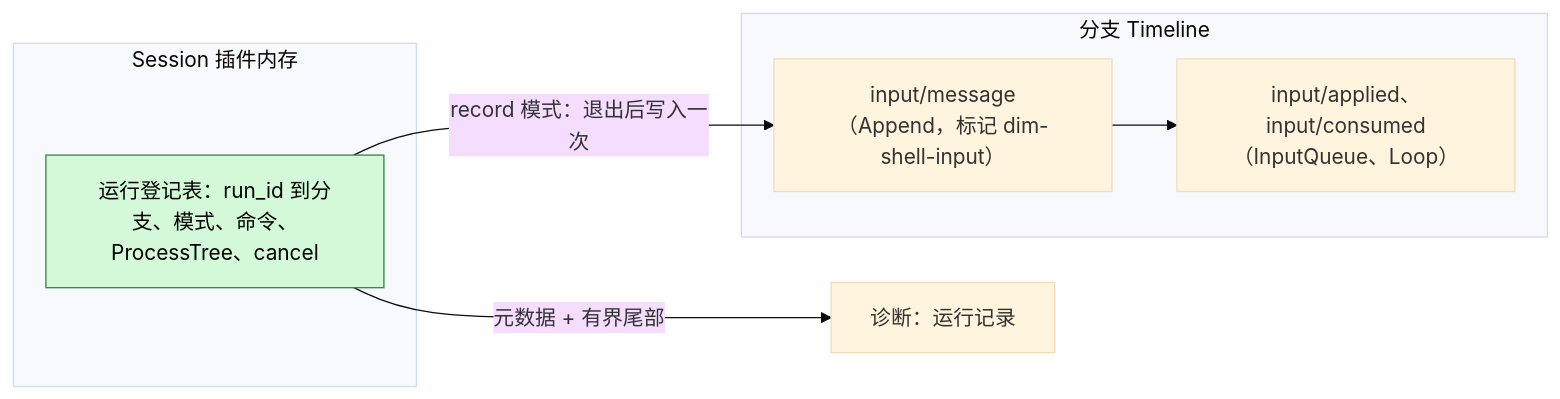
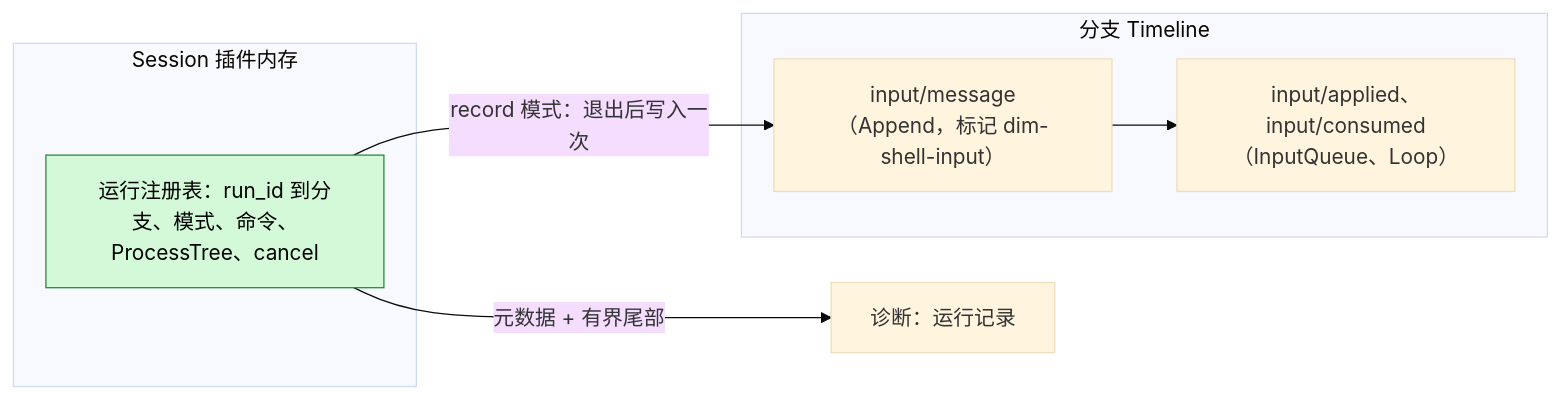
One commit to CoutinhoTTS/dim-agent changed the second of 5 diagrams in docs/zh/design/plugins/ShellInput.md. Above: the diagram before and after it, drawn with Mermaid (base theme). The commit also changed other lines of this file and 18 other files, not shown here.

````diff
--- a/docs/zh/design/plugins/ShellInput.md
+++ b/docs/zh/design/plugins/ShellInput.md
@@ -43,15 +43,15 @@
 ```mermaid
 flowchart LR
   subgraph MEM["Session 插件内存"]
-    RR["运行登记表：run_id 到分支、模式、命令、ProcessTree、cancel"]:::new
+    RR["运行注册表：run_id 到分支、模式、命令、ProcessTree、cancel"]:::new
   end
   subgraph TL["分支 Timeline"]
     IM["input/message（Append，标记 dim-shell-input）"]
     IA["input/applied、input/consumed（InputQueue、Loop）"]
   end
   DG["诊断：运行记录"]
   RR -- "record 模式：退出后写入一次" --> IM
   IM --> IA
   RR -- "元数据 + 有界尾部" --> DG
   classDef new fill:#d3f9d8,stroke:#2b8a3e,color:#000
 ```
````
